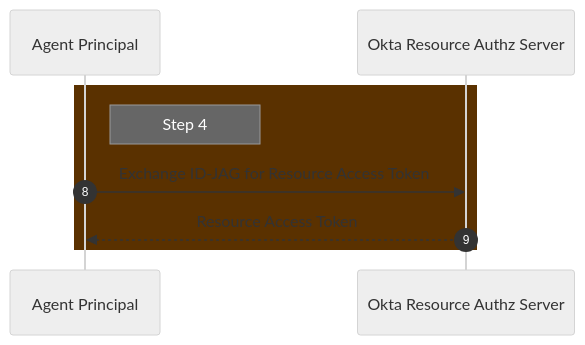
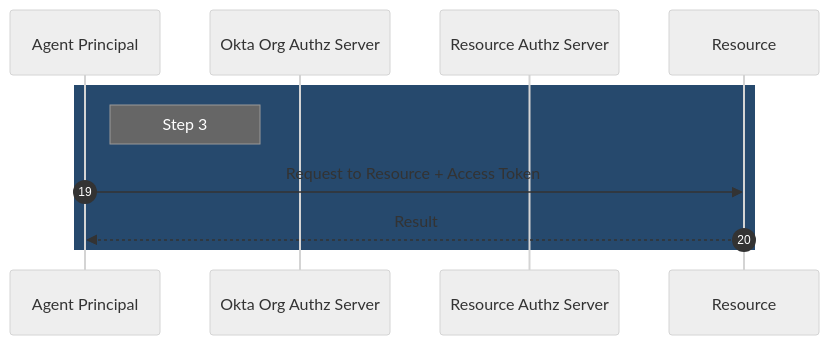
One commit to udplabs/okta-ai-poc changed the fourth of 4 diagrams in images/sts_demo.md. Above: the diagram before and after it, drawn with Mermaid (neutral theme). The commit also changed other lines of this file, not shown here.

First line of the commit message:
Revise STS demo sequence diagrams

````diff
--- a/images/sts_demo.md
+++ b/images/sts_demo.md
@@ -120,12 +143,14 @@
 ```mermaid
 sequenceDiagram
-    autonumber 8
-    participant A as Agent Principal
-	participant RAS as Okta Resource Authz Server
+	autonumber 19
+	participant A as Agent Principal
+	participant OAS as Okta Org Authz Server
+	participant RAS as Resource Authz Server
+	participant R as Resource
 
-	rect rgb(90, 49, 0)
-		Note right of A: Step 4
-		A->>RAS: Exchange ID-JAG for Resource Access Token
-		RAS-->>A: Resource Access Token
+	rect rgb(38, 73, 109)
+		Note right of A: Step 3
+		A->>R: Request to Resource + Access Token
+        R-->>A: Result
 	end
 ```
````
